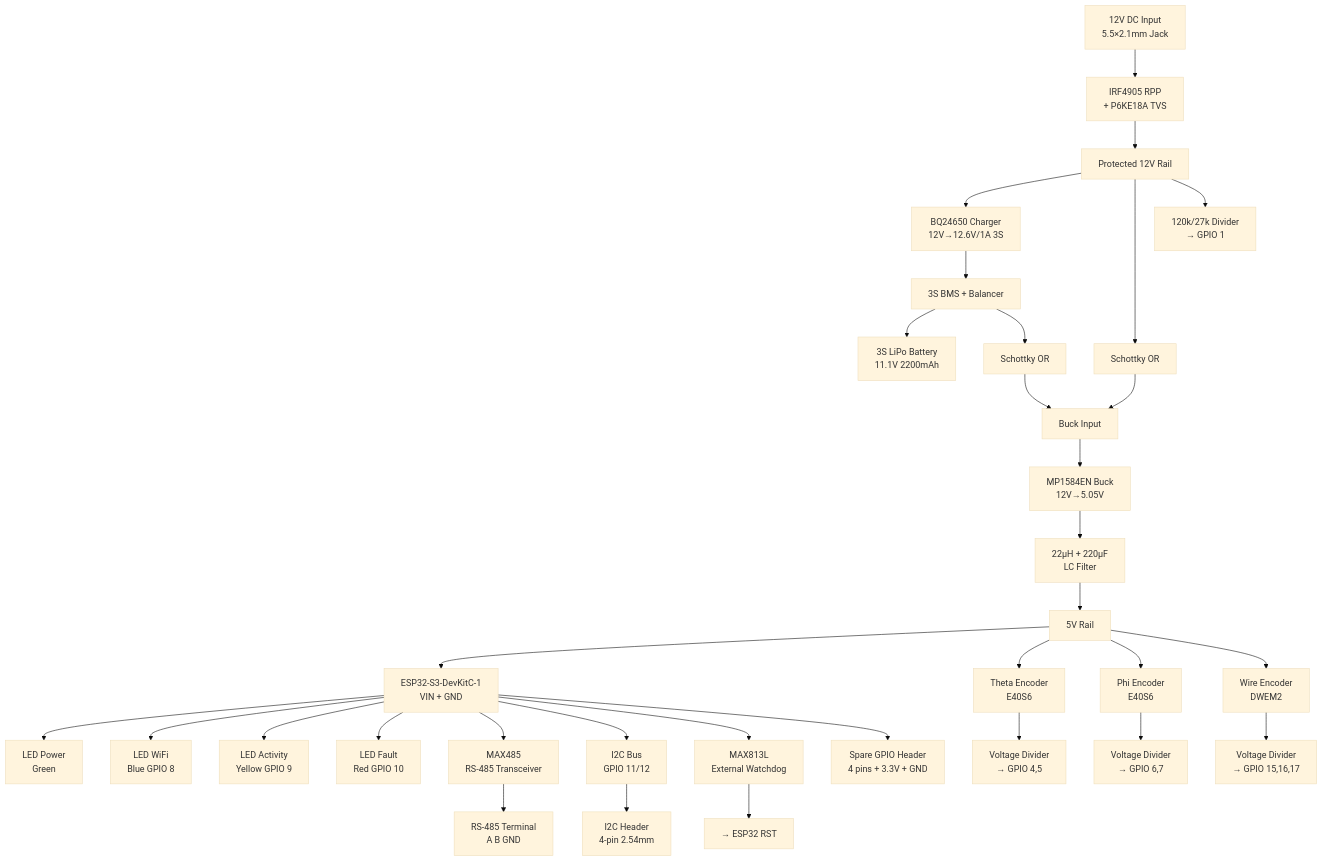
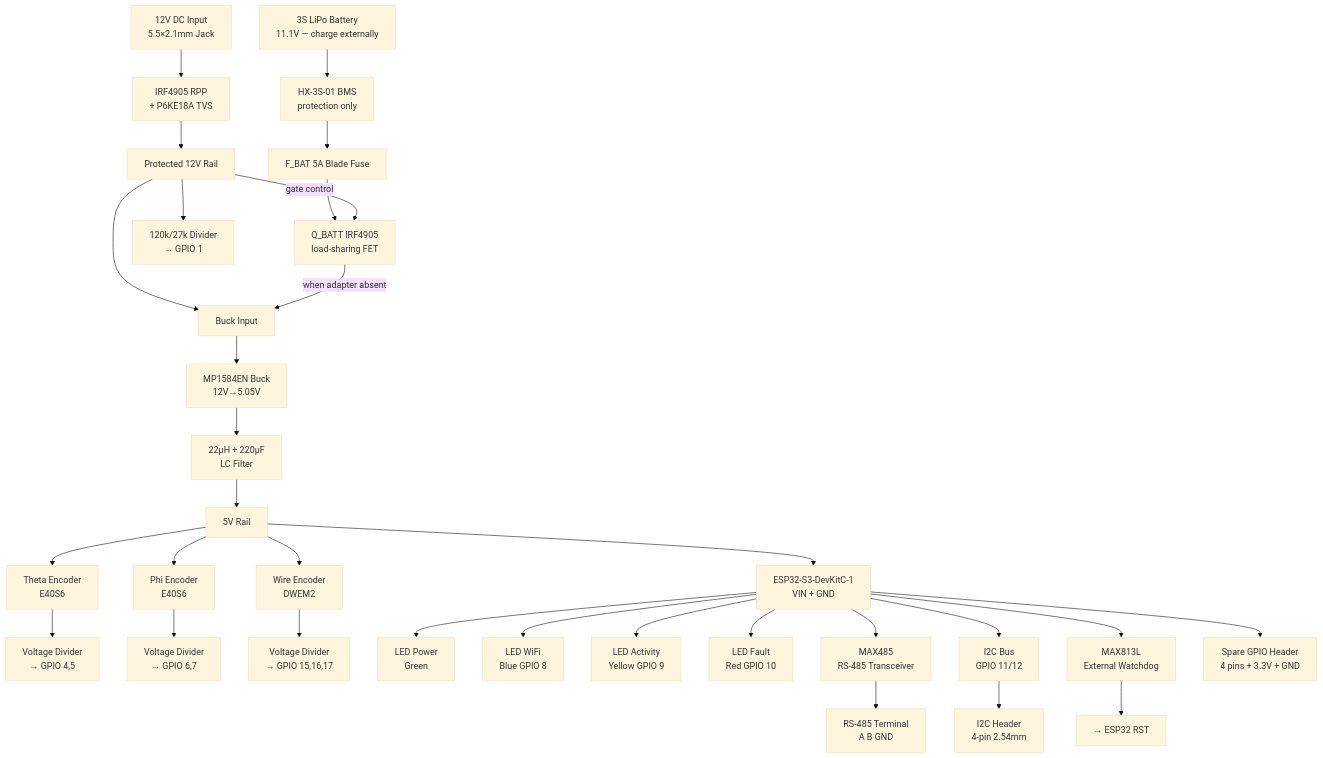
One commit to yunusdanabas/evka_position changed the diagram in docs/hardware_design/v2/README.md. Above: the diagram before and after it, drawn with Mermaid (base theme). The commit also changed other lines of this file and 5 other files, not shown here.

First line of the commit message:
V2 power subsystem redesign: remove BQ24650, add Q_BATT active load-sharing

````diff
--- a/docs/hardware_design/v2/README.md
+++ b/docs/hardware_design/v2/README.md
@@ -54,45 +55,44 @@
 ```mermaid
 graph TD
     J12V[12V DC Input<br/>5.5×2.1mm Jack] --> RPP[IRF4905 RPP<br/>+ P6KE18A TVS]
     RPP --> V12_PROT[Protected 12V Rail]
     
-    V12_PROT --> BQ24650[BQ24650 Charger<br/>12V→12.6V/1A 3S]
-    BQ24650 --> BMS[3S BMS + Balancer]
-    BMS --> BAT[3S LiPo Battery<br/>11.1V 2200mAh]
-    BMS --> D_BAT[Schottky OR]
+    BAT[3S LiPo Battery<br/>11.1V — charge externally] --> BMS[HX-3S-01 BMS<br/>protection only]
+    BMS --> F_BAT[F_BAT 5A Blade Fuse]
+    F_BAT --> Q_BATT[Q_BATT IRF4905<br/>load-sharing FET]
     
-    V12_PROT --> D_EXT[Schottky OR]
-    D_EXT --> BUCK_VIN[Buck Input]
-    D_BAT --> BUCK_VIN
+    V12_PROT --> BUCK_VIN[Buck Input]
+    Q_BATT --> |when adapter absent| BUCK_VIN
+    V12_PROT --> |gate control| Q_BATT
     
     BUCK_VIN --> MP1584EN[MP1584EN Buck<br/>12V→5.05V]
     MP1584EN --> LC[22µH + 220µF<br/>LC Filter]
     LC --> 5V_RAIL[5V Rail]
     
     5V_RAIL --> ESP32[ESP32-S3-DevKitC-1<br/>VIN + GND]
     5V_RAIL --> ENC1[Theta Encoder<br/>E40S6]
     5V_RAIL --> ENC2[Phi Encoder<br/>E40S6]
     5V_RAIL --> ENC3[Wire Encoder<br/>DWEM2]
     
     ENC1 --> DIV1[Voltage Divider<br/>→ GPIO 4,5]
     ENC2 --> DIV2[Voltage Divider<br/>→ GPIO 6,7]
     ENC3 --> DIV3[Voltage Divider<br/>→ GPIO 15,16,17]
     
     V12_PROT --> ADC_DIV[120k/27k Divider<br/>→ GPIO 1]
     
     ESP32 --> LED1[LED Power<br/>Green]
     ESP32 --> LED2[LED WiFi<br/>Blue GPIO 8]
     ESP32 --> LED3[LED Activity<br/>Yellow GPIO 9]
     ESP32 --> LED4[LED Fault<br/>Red GPIO 10]
     
     ESP32 --> MAX485[MAX485<br/>RS-485 Transceiver]
     MAX485 --> J_RS485[RS-485 Terminal<br/>A B GND]
     
     ESP32 --> I2C_BUS[I2C Bus<br/>GPIO 11/12]
     I2C_BUS --> J_I2C[I2C Header<br/>4-pin 2.54mm]
     
     ESP32 --> MAX813[MAX813L<br/>External Watchdog]
     MAX813 --> ESP32_RST[→ ESP32 RST]
     
     ESP32 --> J_GPIO[Spare GPIO Header<br/>4 pins + 3.3V + GND]
 ```
````
